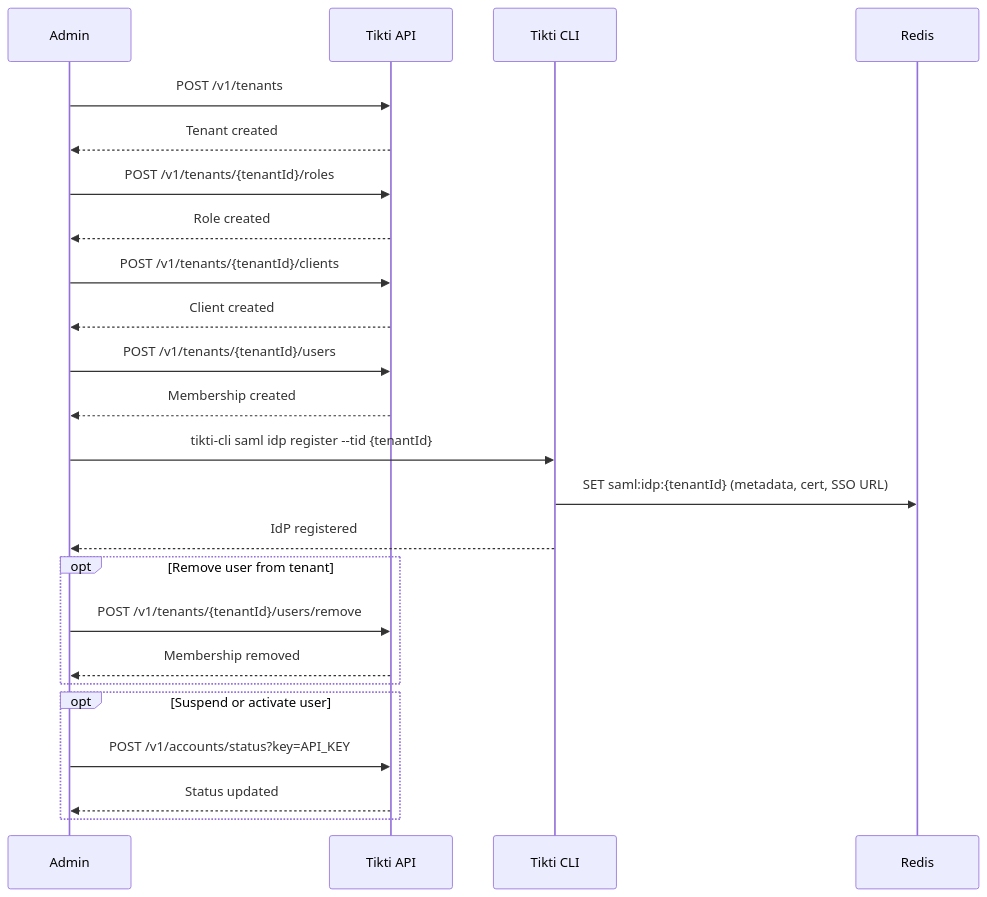
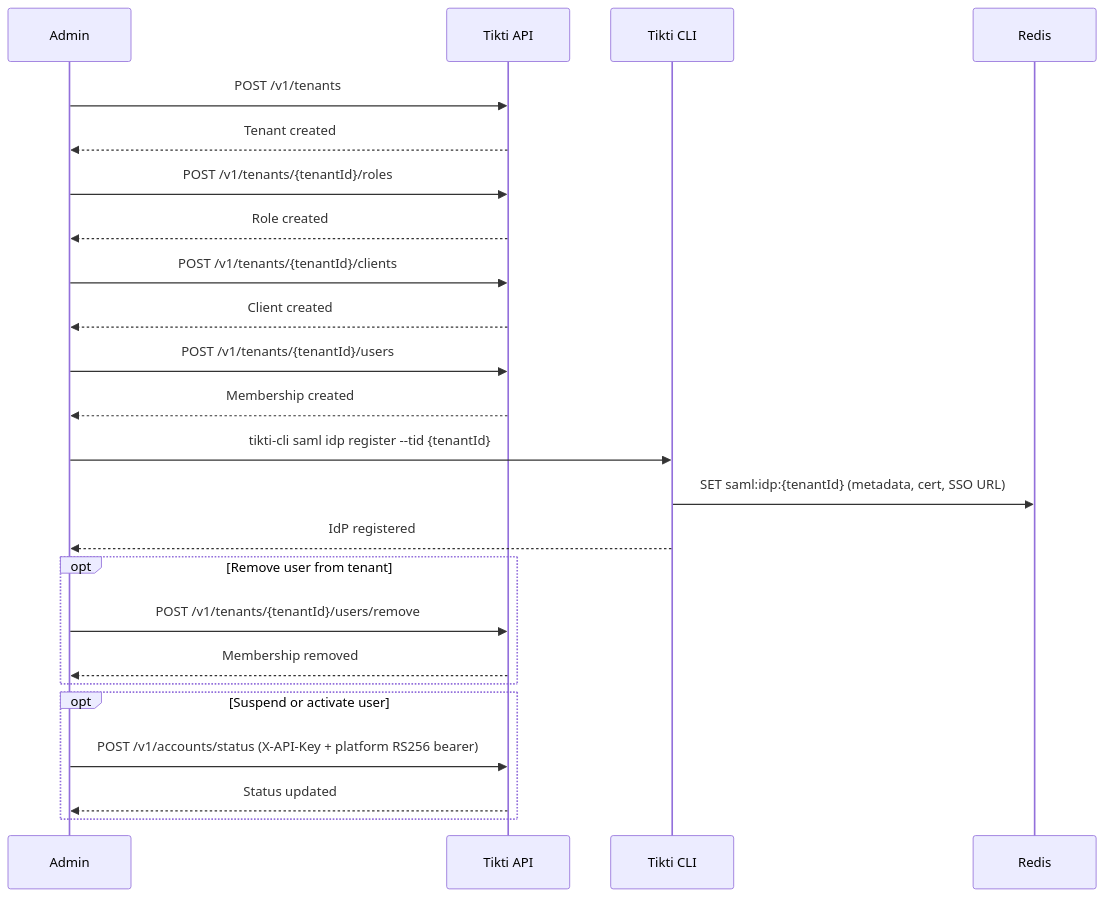
The diagram in wiki/Use-Cases-Tenant-Admin-Lifecycle.md (osvaldoandrade/tikti), drawn with Mermaid before and after one commit. The commit also changed 28 other files, not shown here.

````diff
--- a/wiki/Use-Cases-Tenant-Admin-Lifecycle.md
+++ b/wiki/Use-Cases-Tenant-Admin-Lifecycle.md
@@ -27,27 +27,27 @@
 ```mermaid
 sequenceDiagram
     participant A as Admin
     participant T as Tikti API
     participant C as Tikti CLI
     participant R as Redis
 
     A->>T: POST /v1/tenants
     T-->>A: Tenant created
     A->>T: POST /v1/tenants/{tenantId}/roles
     T-->>A: Role created
     A->>T: POST /v1/tenants/{tenantId}/clients
     T-->>A: Client created
     A->>T: POST /v1/tenants/{tenantId}/users
     T-->>A: Membership created
     A->>C: tikti-cli saml idp register --tid {tenantId}
     C->>R: SET saml:idp:{tenantId} (metadata, cert, SSO URL)
     C-->>A: IdP registered
     opt Remove user from tenant
         A->>T: POST /v1/tenants/{tenantId}/users/remove
         T-->>A: Membership removed
     end
     opt Suspend or activate user
-        A->>T: POST /v1/accounts/status?key=API_KEY
+        A->>T: POST /v1/accounts/status (X-API-Key + platform RS256 bearer)
         T-->>A: Status updated
     end
 ```
````
